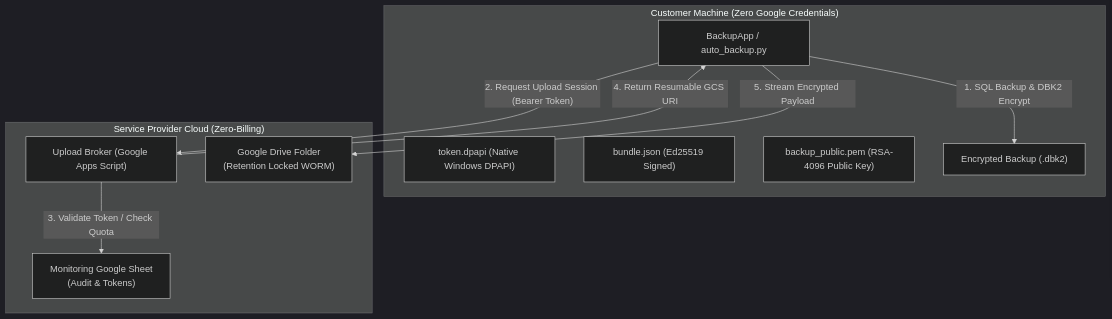
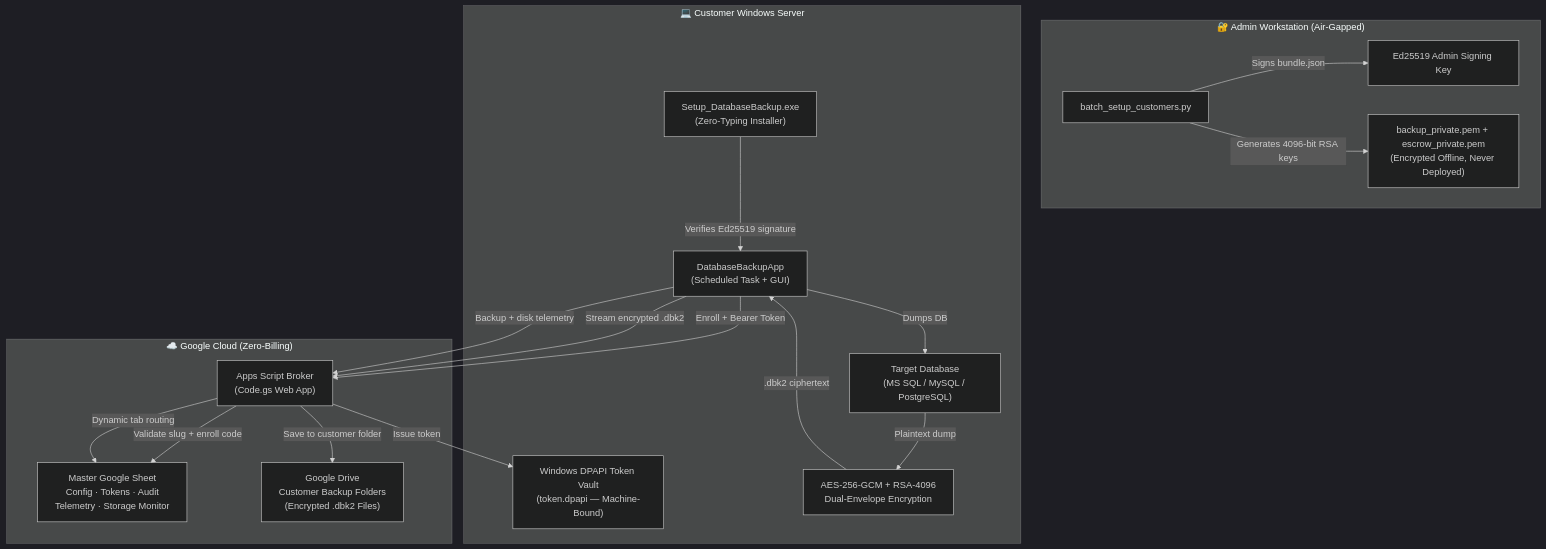
One commit to dulnindu123/Database-Backup-Automation changed the diagram in README.md. Above: the diagram before and after it, drawn with Mermaid (dark theme). The commit also changed other lines of this file and 5 other files, not shown here.

Commit message:
Clean up repo: remove duplicates, fake scripts, public PEMs, and obsolete docs; rewrite README with full architecture, security model, and setup guide

````diff
--- a/README.md
+++ b/README.md
@@ -32,21 +35,36 @@
 ```mermaid
 flowchart TD
-    subgraph ClientPC["Customer Machine (Zero Google Credentials)"]
-        App["BackupApp / auto_backup.py"]
-        Token["token.dpapi (Native Windows DPAPI)"]
-        Bundle["bundle.json (Ed25519 Signed)"]
-        PubKey["backup_public.pem (RSA-4096 Public Key)"]
-        App -- "1. SQL Backup & DBK2 Encrypt" --> DBK2["Encrypted Backup (.dbk2)"]
+    subgraph Admin["🔐 Admin Workstation (Air-Gapped)"]
+        AdminKey["Ed25519 Admin Signing Key"]
+        BatchTool["batch_setup_customers.py"]
+        OfflineKeys["backup_private.pem + escrow_private.pem\n(Encrypted Offline, Never Deployed)"]
     end
 
-    subgraph GCP["Service Provider Cloud (Zero-Billing)"]
-        UploadBroker["Upload Broker (Google Apps Script)"]
-        GD["Google Drive Folder<br/>(Retention Locked WORM)"]
-        Sheets["Monitoring Google Sheet<br/>(Audit & Tokens)"]
+    subgraph Client["💻 Customer Windows Server"]
+        Installer["Setup_DatabaseBackup.exe\n(Zero-Typing Installer)"]
+        App["DatabaseBackupApp\n(Scheduled Task + GUI)"]
+        DPAPI["Windows DPAPI Token Vault\n(token.dpapi — Machine-Bound)"]
+        DB["Target Database\n(MS SQL / MySQL / PostgreSQL)"]
+        Encryptor["AES-256-GCM + RSA-4096\nDual-Envelope Encryption"]
     end
 
-    App -- "2. Request Upload Session (Bearer Token)" --> UploadBroker
-    UploadBroker -- "3. Validate Token / Check Quota" --> Sheets
-    UploadBroker -- "4. Return Resumable GCS URI" --> App
-    App -- "5. Stream Encrypted Payload" --> GD
+    subgraph Broker["☁️ Google Cloud (Zero-Billing)"]
+        GAS["Apps Script Broker\n(Code.gs Web App)"]
+        Sheet["Master Google Sheet\nConfig · Tokens · Audit\nTelemetry · Storage Monitor"]
+        Drive["Google Drive\nCustomer Backup Folders\n(Encrypted .dbk2 Files)"]
+    end
+
+    BatchTool -->|Signs bundle.json| AdminKey
+    BatchTool -->|Generates 4096-bit RSA keys| OfflineKeys
+    Installer -->|Verifies Ed25519 signature| App
+    App -->|Dumps DB| DB
+    DB -->|Plaintext dump| Encryptor
+    Encryptor -->|.dbk2 ciphertext| App
+    App -->|Enroll + Bearer Token| GAS
+    GAS -->|Validate slug + enroll code| Sheet
+    GAS -->|Issue token| DPAPI
+    App -->|Stream encrypted .dbk2| GAS
+    GAS -->|Save to customer folder| Drive
+    App -->|Backup + disk telemetry| GAS
+    GAS -->|Dynamic tab routing| Sheet
 ```
````
